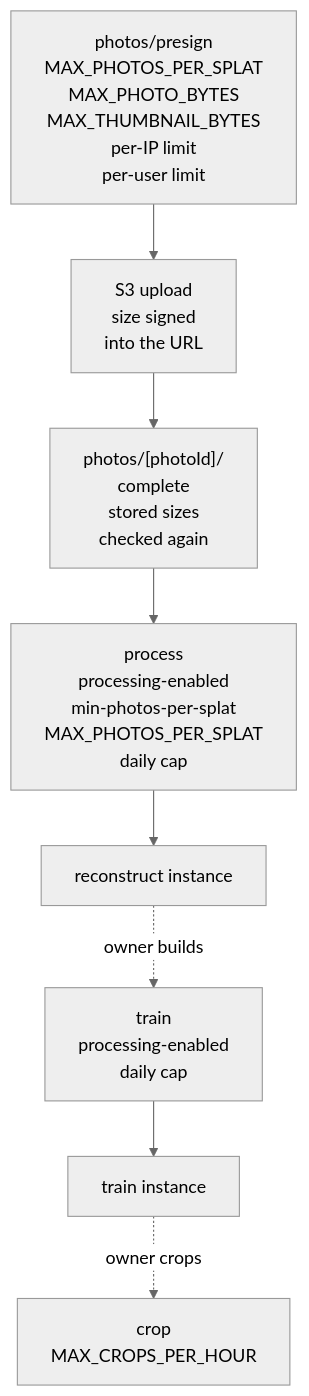
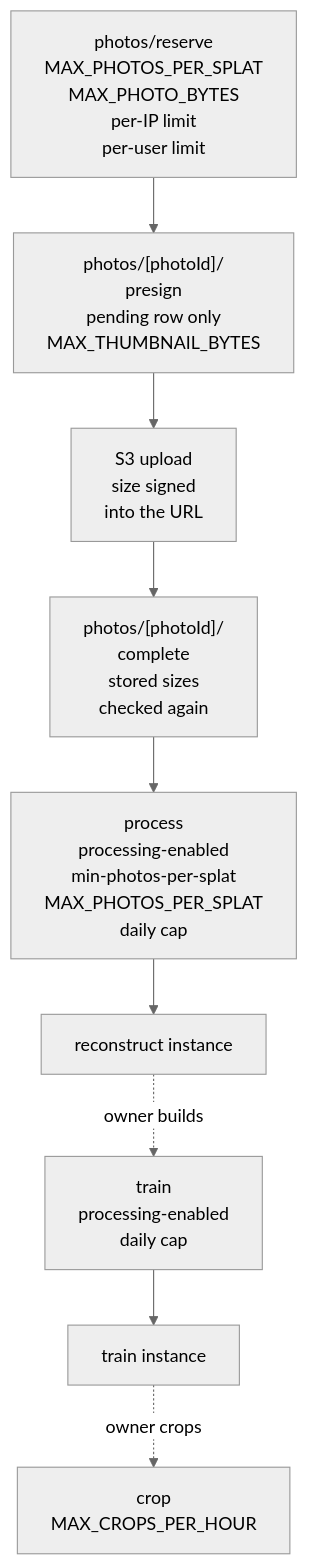
Before and after one commit to kamyy/ai-gaussian-splatter: the seventh of 8 diagrams in ARCHITECTURE.md, drawn with Mermaid (neutral theme). The commit also changed other lines of this file and 13 other files, not shown here.

````diff
--- a/ARCHITECTURE.md
+++ b/ARCHITECTURE.md
@@ -399,15 +399,16 @@
 ```mermaid
 %%{init: {"flowchart": {"wrappingWidth": 400}}}%%
 flowchart TD
-  presign["photos/presign<br/>MAX_PHOTOS_PER_SPLAT<br/>MAX_PHOTO_BYTES<br/>MAX_THUMBNAIL_BYTES<br/>per-IP limit<br/>per-user limit"]
+  reserve["photos/reserve<br/>MAX_PHOTOS_PER_SPLAT<br/>MAX_PHOTO_BYTES<br/>per-IP limit<br/>per-user limit"]
+  presign["photos/[photoId]/<br/>presign<br/>pending row only<br/>MAX_THUMBNAIL_BYTES"]
   put["S3 upload<br/>size signed<br/>into the URL"]
   complete["photos/[photoId]/<br/>complete<br/>stored sizes<br/>checked again"]
   process["process<br/>processing-enabled<br/>min-photos-per-splat<br/>MAX_PHOTOS_PER_SPLAT<br/>daily cap"]
   trainroute["train<br/>processing-enabled<br/>daily cap"]
   recon["reconstruct instance"]
   traininst["train instance"]
   crop["crop<br/>MAX_CROPS_PER_HOUR"]
-  presign --> put --> complete --> process --> recon
+  reserve --> presign --> put --> complete --> process --> recon
   recon -.->|"owner builds"| trainroute --> traininst
   traininst -.->|"owner crops"| crop
 ```
````
